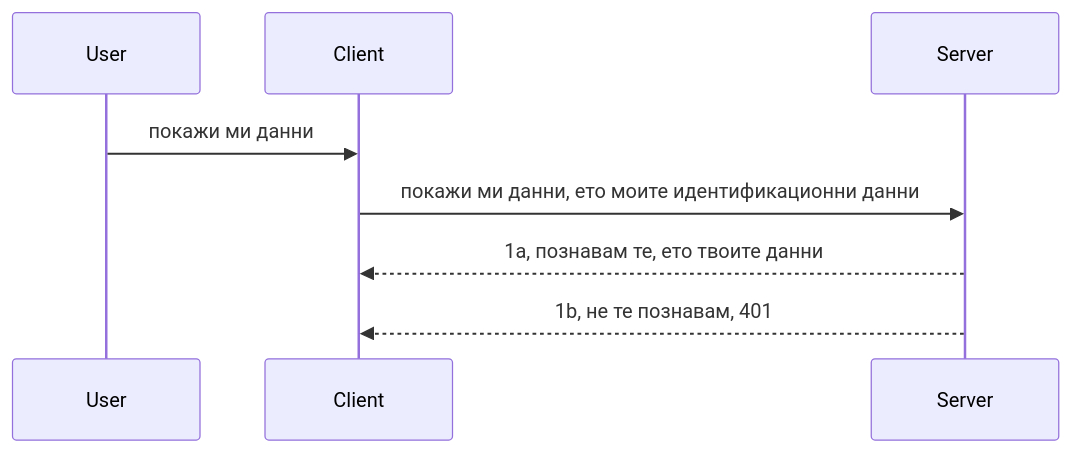
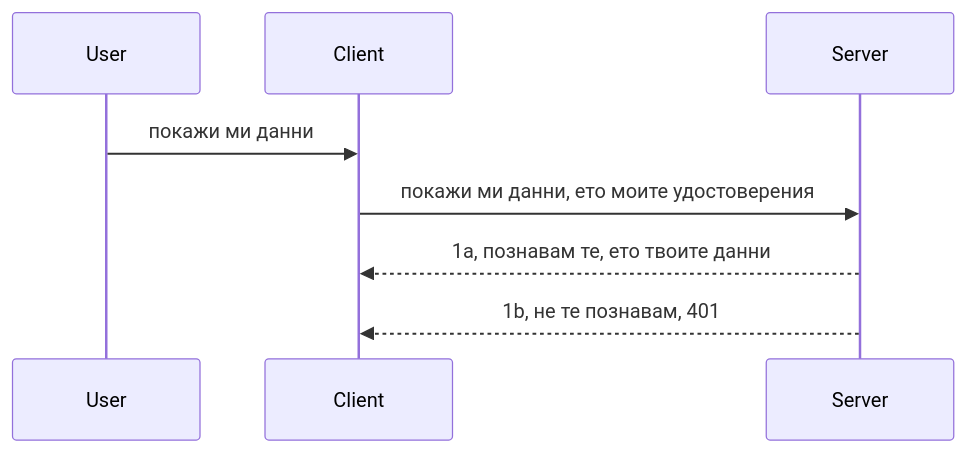
Before and after one commit to HIDORAKAI002/ai-workspace-archive: the diagram in mcp_ecosystem__model_context_protocol/mcp_learning_resources/mcp-for-beginners/translations/bg/03-GettingStarted/11-simple-auth/README.md, drawn with Mermaid. The commit also changed other lines of this file and 1046 other files, not shown here.

````diff
--- a/mcp_ecosystem__model_context_protocol/mcp_learning_resources/mcp-for-beginners/translations/bg/03-GettingStarted/11-simple-auth/README.md
+++ b/mcp_ecosystem__model_context_protocol/mcp_learning_resources/mcp-for-beginners/translations/bg/03-GettingStarted/11-simple-auth/README.md
@@ -24,11 +24,11 @@
 ```mermaid
 sequenceDiagram
    participant User
    participant Client
    participant Server
 
    User->>Client: покажи ми данни
-   Client->>Server: покажи ми данни, ето моите идентификационни данни
+   Client->>Server: покажи ми данни, ето моите удостоверения
    Server-->>Client: 1a, познавам те, ето твоите данни
    Server-->>Client: 1b, не те познавам, 401 
 ```
````
